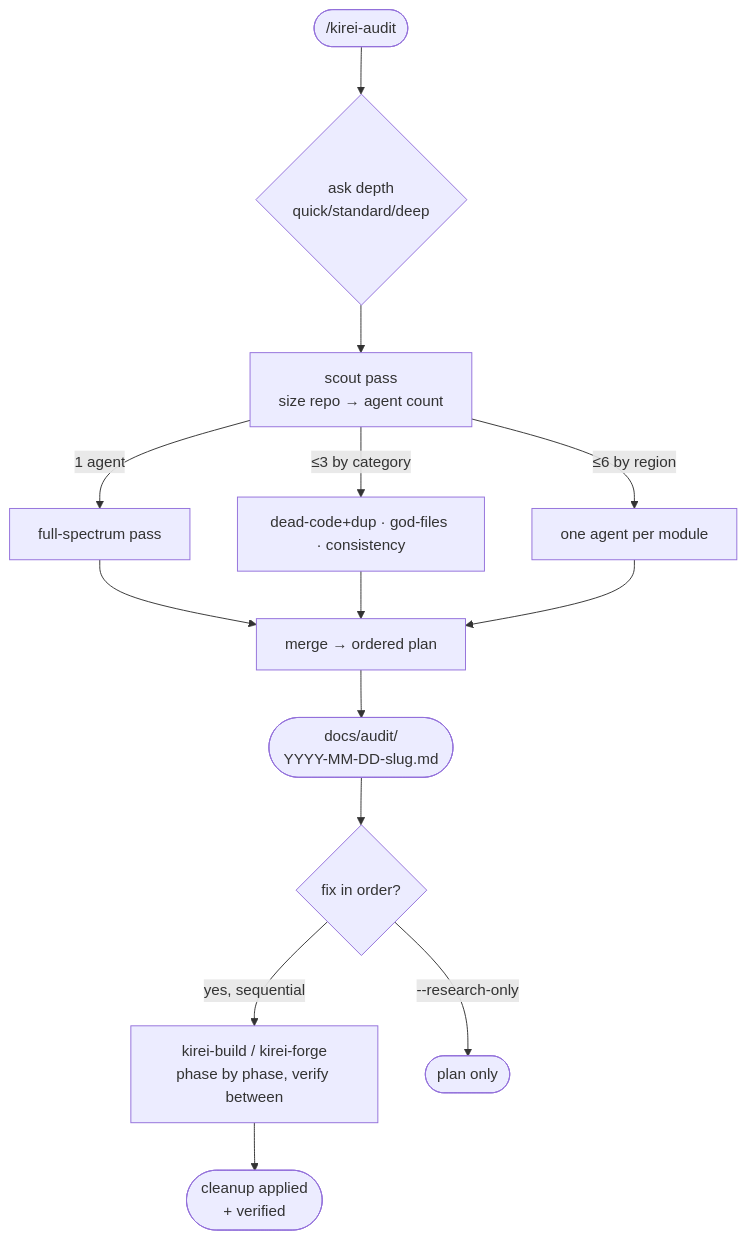
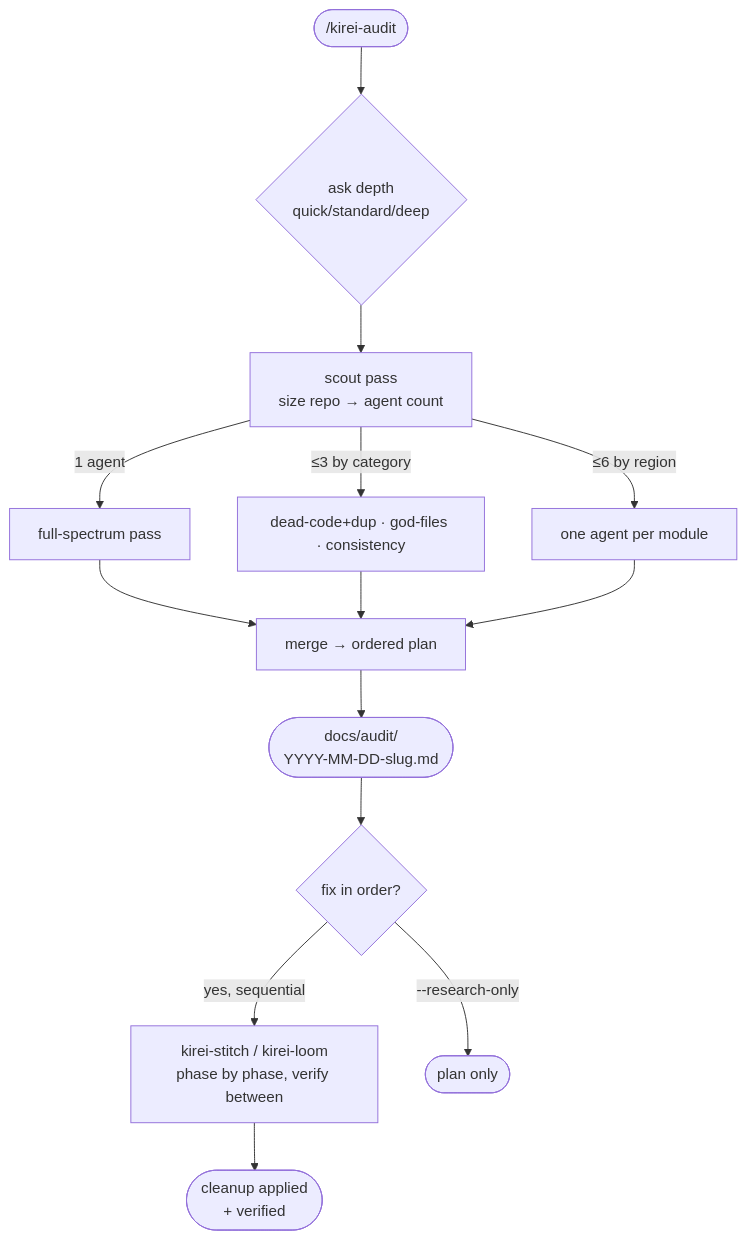
Before and after one commit to Shironex/kirei: the third of 5 diagrams in README.md, drawn with Mermaid. The commit also changed other lines of this file and 2 other files, not shown here.

````diff
--- a/README.md
+++ b/README.md
@@ -168,17 +171,17 @@
 ```mermaid
 flowchart TD
     audit(["/kirei-audit"])
     audit --> depth{ask depth\nquick/standard/deep}
     depth --> scout[scout pass\nsize repo → agent count]
     scout -->|1 agent| q[full-spectrum pass]
     scout -->|≤3 by category| s[dead-code+dup · god-files · consistency]
     scout -->|≤6 by region| d[one agent per module]
     q --> merge[merge → ordered plan]
     s --> merge
     d --> merge
     merge --> plan([docs/audit/\nYYYY-MM-DD-slug.md])
     plan --> fix{fix in order?}
-    fix -->|yes, sequential| exec[kirei-build / kirei-forge\nphase by phase, verify between]
+    fix -->|yes, sequential| exec[kirei-stitch / kirei-loom\nphase by phase, verify between]
     fix -->|--research-only| done([plan only])
     exec --> done2([cleanup applied\n+ verified])
 ```
````
